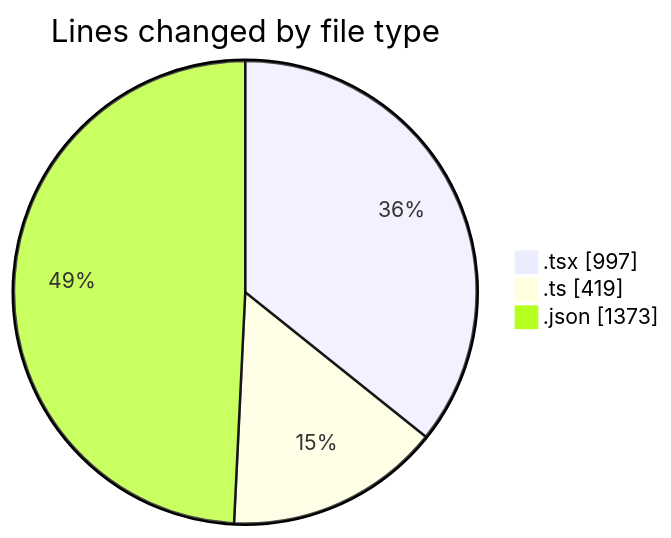
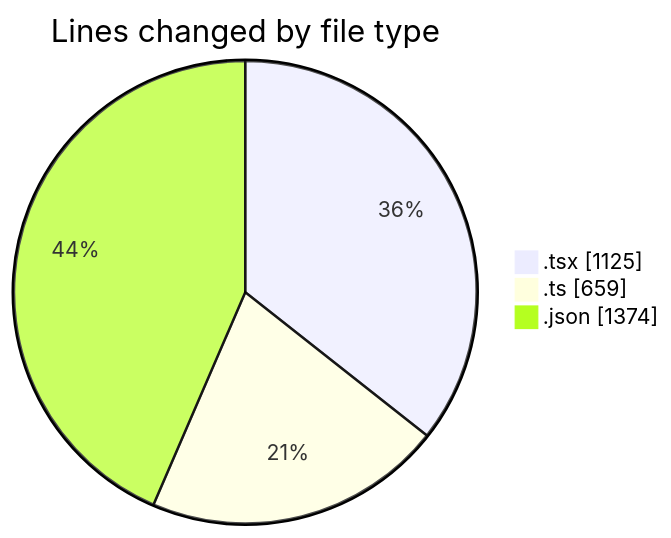
Before and after one commit to julien-gomy/code-tracking: the first of 2 diagrams in 2025-10-16/eventscop-frontend-guide__workspace_/README.md, drawn with Mermaid. The commit also changed other lines of this file and 1 other file, not shown here.

````diff
--- a/2025-10-16/eventscop-frontend-guide__workspace_/README.md
+++ b/2025-10-16/eventscop-frontend-guide__workspace_/README.md
@@ -32,7 +36,7 @@
 ```mermaid
 pie showData
 title Lines changed by file type
-".tsx" : 997
-".ts" : 419
-".json" : 1373
+".tsx" : 1125
+".ts" : 659
+".json" : 1374
 ```
````
